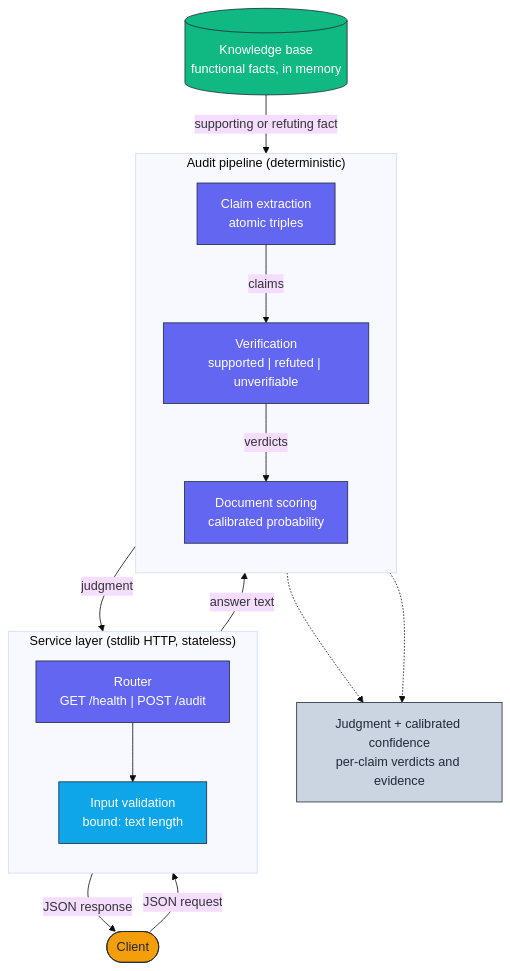
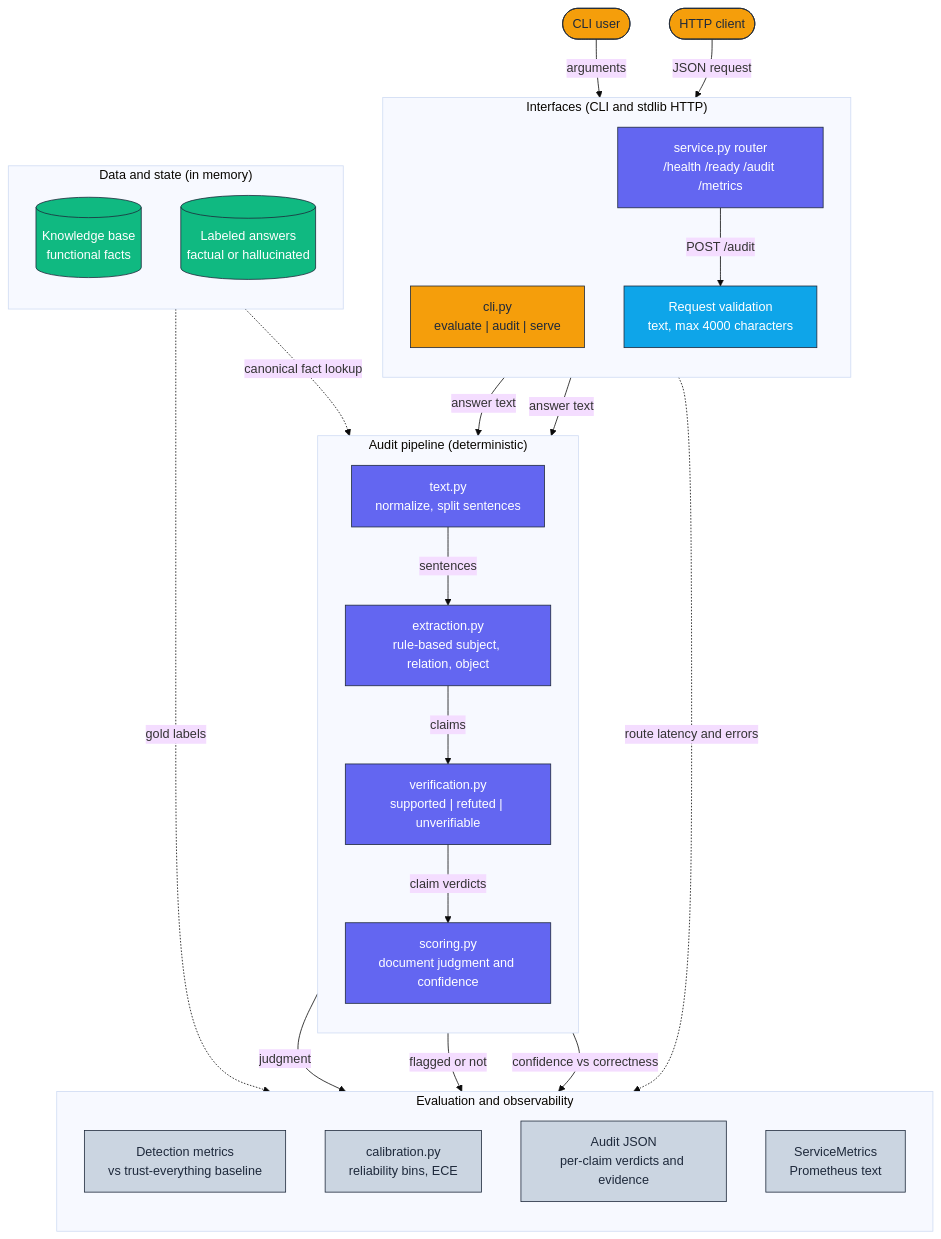
Before and after one commit to adeoluo/factuality-auditor: the diagram in docs/architecture/architecture.mmd, drawn with Mermaid (base theme). The commit also changed 2 other files, not shown here.

Commit message:
docs: vertical layered architecture diagram

```diff
--- a/docs/architecture/architecture.mmd
+++ b/docs/architecture/architecture.mmd
@@ -1,33 +1,53 @@
 flowchart TD
     classDef edge     fill:#F59E0B,stroke:#1E293B,color:#1E293B,stroke-width:1px;
     classDef core     fill:#6366F1,stroke:#1E293B,color:#ffffff,stroke-width:1px;
     classDef data     fill:#10B981,stroke:#1E293B,color:#ffffff,stroke-width:1px;
     classDef control  fill:#0EA5E9,stroke:#1E293B,color:#ffffff,stroke-width:1px;
     classDef obs      fill:#CBD5E1,stroke:#1E293B,color:#1E293B,stroke-width:1px;
 
-    Client([Client]):::edge
+    User([CLI user]):::edge
+    Client([HTTP client]):::edge
 
-    subgraph Edge["Service layer (stdlib HTTP, stateless)"]
+    subgraph Interfaces["Interfaces (CLI and stdlib HTTP)"]
         direction TB
-        Router["Router<br/>GET /health | POST /audit"]:::core
-        Validate["Input validation<br/>bound: text length"]:::control
+        CLI["cli.py<br/>evaluate | audit | serve"]:::edge
+        Router["service.py router<br/>/health /ready /audit /metrics"]:::core
+        Validate["Request validation<br/>text, max 4000 characters"]:::control
     end
 
-    subgraph Pipeline["Audit pipeline (deterministic)"]
+    subgraph Core["Audit pipeline (deterministic)"]
         direction TB
-        Extract["Claim extraction<br/>atomic triples"]:::core
-        Verify["Verification<br/>supported | refuted | unverifiable"]:::core
-        Score["Document scoring<br/>calibrated probability"]:::core
+        Text["text.py<br/>normalize, split sentences"]:::core
+        Extract["extraction.py<br/>rule-based subject, relation, object"]:::core
+        Verify["verification.py<br/>supported | refuted | unverifiable"]:::core
+        Score["scoring.py<br/>document judgment and confidence"]:::core
     end
 
-    KB[(Knowledge base<br/>functional facts, in memory)]:::data
-    Judgment["Judgment + calibrated confidence<br/>per-claim verdicts and evidence"]:::obs
+    subgraph State["Data and state (in memory)"]
+        direction TB
+        KB[("Knowledge base<br/>functional facts")]:::data
+        Labeled[("Labeled answers<br/>factual or hallucinated")]:::data
+    end
 
-    Client -->|JSON request| Router --> Validate
-    Validate -->|answer text| Extract
+    subgraph Obs["Evaluation and observability"]
+        direction TB
+        Detection["Detection metrics<br/>vs trust-everything baseline"]:::obs
+        Calibration["calibration.py<br/>reliability bins, ECE"]:::obs
+        Response["Audit JSON<br/>per-claim verdicts and evidence"]:::obs
+        Metrics["ServiceMetrics<br/>Prometheus text"]:::obs
+    end
+
+    User -->|arguments| CLI
+    Client -->|JSON request| Router
+    Router -->|POST /audit| Validate
+    Validate -->|answer text| Text
+    CLI -->|answer text| Text
+    Text -->|sentences| Extract
     Extract -->|claims| Verify
-    KB -->|supporting or refuting fact| Verify
-    Verify -->|verdicts| Score
-    Score -->|judgment| Router -->|JSON response| Client
-    Score -.-> Judgment
-    Verify -.-> Judgment
+    KB -.->|canonical fact lookup| Verify
+    Verify -->|claim verdicts| Score
+    Score -->|judgment| Response
+    Labeled -.->|gold labels| Detection
+    Score -->|flagged or not| Detection
+    Score -->|confidence vs correctness| Calibration
+    Router -.->|route latency and errors| Metrics
```
